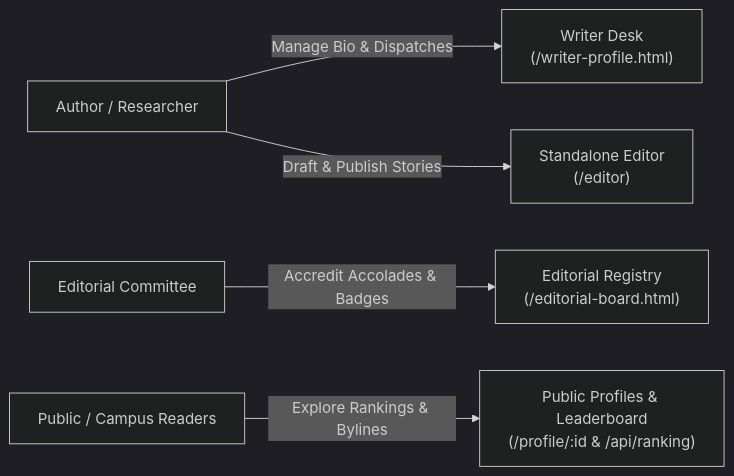
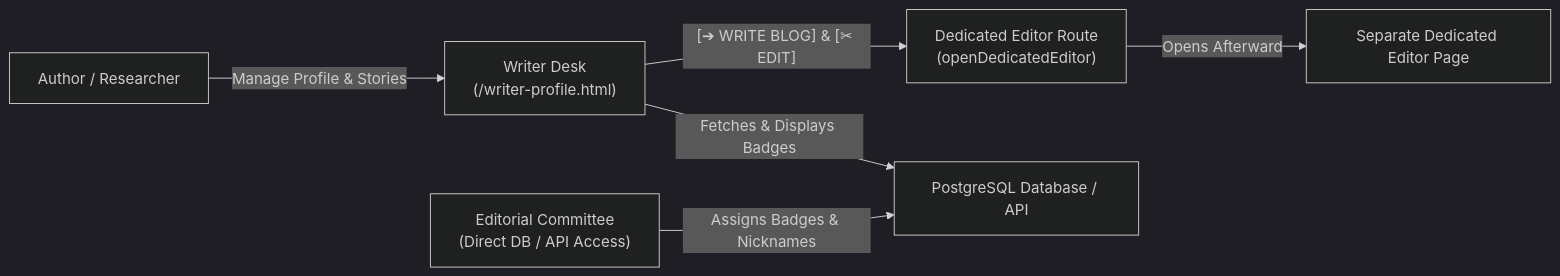
The diagram in PROJECT_SUMMARY.md (ACES-PVGCOET/aces-blogs-frontend), drawn with Mermaid (dark theme) before and after one commit. The commit also changed other lines of this file and 5 other files, not shown here.

Commit message:
Refine writer profile: clean modal popups, theme sync, and connect editor hook

````diff
--- a/PROJECT_SUMMARY.md
+++ b/PROJECT_SUMMARY.md
@@ -18,7 +18,8 @@
 ```mermaid
 flowchart LR
-    A["Author / Researcher"] -->|"Manage Bio & Dispatches"| B["Writer Desk<br/>(/writer-profile.html)"]
-    A -->|"Draft & Publish Stories"| C["Standalone Editor<br/>(/editor)"]
-    D["Editorial Committee"] -->|"Accredit Accolades & Badges"| E["Editorial Registry<br/>(/editorial-board.html)"]
-    F["Public / Campus Readers"] -->|"Explore Rankings & Bylines"| G["Public Profiles & Leaderboard<br/>(/profile/:id & /api/ranking)"]
+    Author["Author / Researcher"] -->|"Manage Profile & Stories"| Desk["Writer Desk<br/>(/writer-profile.html)"]
+    Desk -->|"[➔ WRITE BLOG] & [✂ EDIT]"| EditorHook["Dedicated Editor Route<br/>(openDedicatedEditor)"]
+    EditorHook -->|"Opens Afterward"| DedicatedEditor["Separate Dedicated Editor Page"]
+    Editorial["Editorial Committee<br/>(Direct DB / API Access)"] -->|"Assigns Badges & Nicknames"| DB["PostgreSQL Database / API"]
+    Desk -->|"Fetches & Displays Badges"| DB
 ```
````
